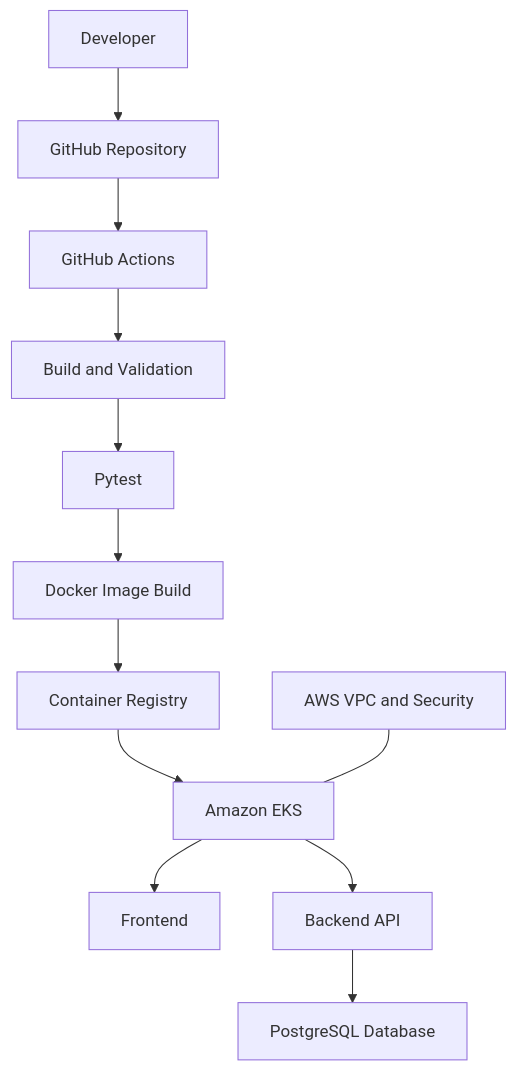
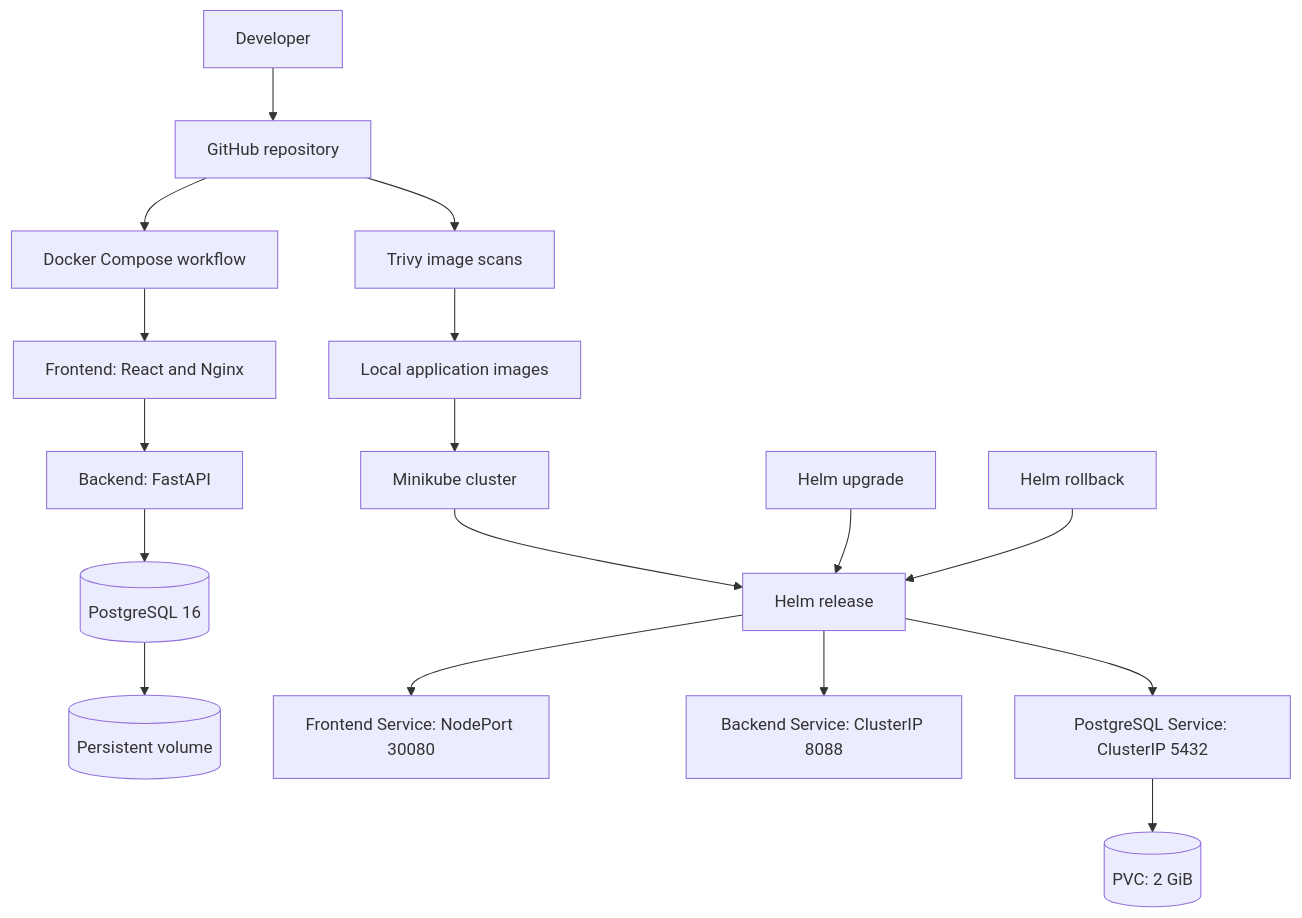
Before and after one commit to reddynaveen0106/todo-app: the diagram in README.md, drawn with Mermaid. The commit also changed other lines of this file and 5 other files, not shown here.

Commit message:
Add Kubernetes deployment, Helm chart, and DevOps README

````diff
--- a/README.md
+++ b/README.md
@@ -15,14 +9,20 @@
 ```mermaid
 flowchart TD
-    A[Developer] --> B[GitHub Repository]
-    B --> C[GitHub Actions]
-    C --> D[Build and Validation]
-    D --> E[Pytest]
-    E --> F[Docker Image Build]
-    F --> G[Container Registry]
-    G --> H[Amazon EKS]
-    H --> I[Frontend]
-    H --> J[Backend API]
-    J --> K[PostgreSQL Database]
-    L[AWS VPC and Security] --- H
+    Dev[Developer] --> Git[GitHub repository]
+    Git --> Compose[Docker Compose workflow]
+    Compose --> FE[Frontend: React and Nginx]
+    FE --> API[Backend: FastAPI]
+    API --> DB[(PostgreSQL 16)]
+    DB --> Vol[(Persistent volume)]
+
+    Git --> Scan[Trivy image scans]
+    Scan --> Images[Local application images]
+    Images --> MK[Minikube cluster]
+    MK --> H[Helm release]
+    H --> KFE[Frontend Service: NodePort 30080]
+    H --> KAPI[Backend Service: ClusterIP 8088]
+    H --> KDB[PostgreSQL Service: ClusterIP 5432]
+    KDB --> PVC[(PVC: 2 GiB)]
+    Upgrade[Helm upgrade] --> H
+    Rollback[Helm rollback] --> H
 ```
````
